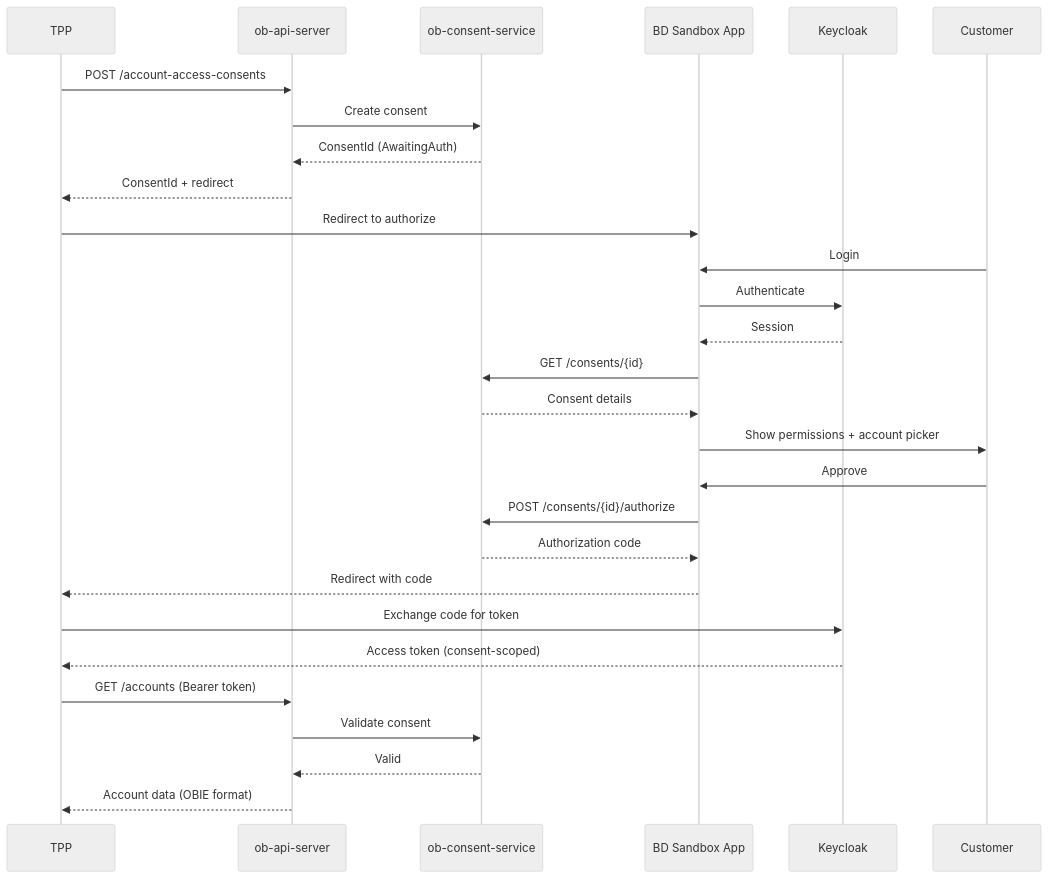
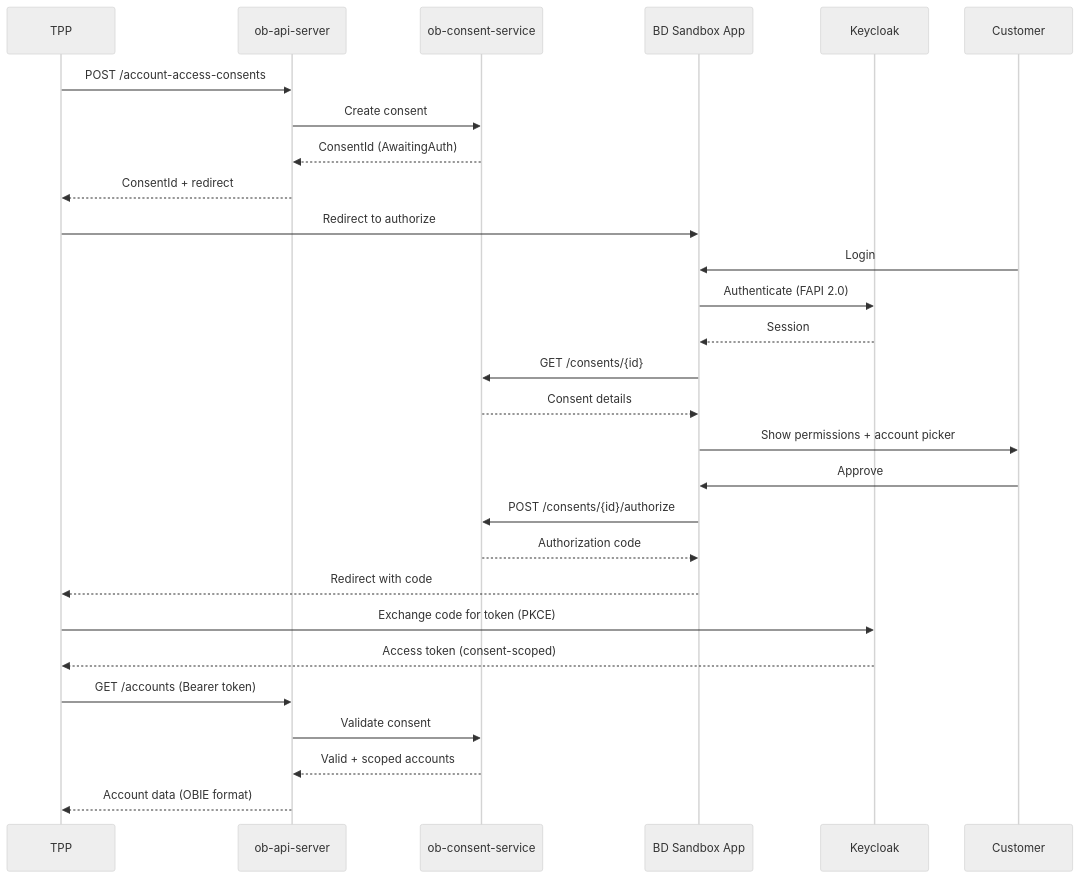
The fourth of 7 diagrams in docs/HLD.md (alierenbaysal/open-banking-mobile-v2), drawn with Mermaid (neutral theme) before and after one commit. The commit also changed other lines of this file and 1 other file, not shown here.

First line of the commit message:
docs: comprehensive architecture rewrite with Mermaid diagrams

````diff
--- a/docs/HLD.md
+++ b/docs/HLD.md
@@ -104,36 +217,36 @@
 ```mermaid
 sequenceDiagram
     participant TPP
     participant API as ob-api-server
     participant CS as ob-consent-service
     participant App as BD Sandbox App
     participant KC as Keycloak
     participant Customer
 
     TPP->>API: POST /account-access-consents
     API->>CS: Create consent
     CS-->>API: ConsentId (AwaitingAuth)
     API-->>TPP: ConsentId + redirect
 
     TPP->>App: Redirect to authorize
     Customer->>App: Login
-    App->>KC: Authenticate
+    App->>KC: Authenticate (FAPI 2.0)
     KC-->>App: Session
 
     App->>CS: GET /consents/{id}
     CS-->>App: Consent details
     App->>Customer: Show permissions + account picker
     Customer->>App: Approve
 
     App->>CS: POST /consents/{id}/authorize
     CS-->>App: Authorization code
     App-->>TPP: Redirect with code
 
-    TPP->>KC: Exchange code for token
+    TPP->>KC: Exchange code for token (PKCE)
     KC-->>TPP: Access token (consent-scoped)
 
     TPP->>API: GET /accounts (Bearer token)
     API->>CS: Validate consent
-    CS-->>API: Valid
+    CS-->>API: Valid + scoped accounts
     API-->>TPP: Account data (OBIE format)
 ```
````
